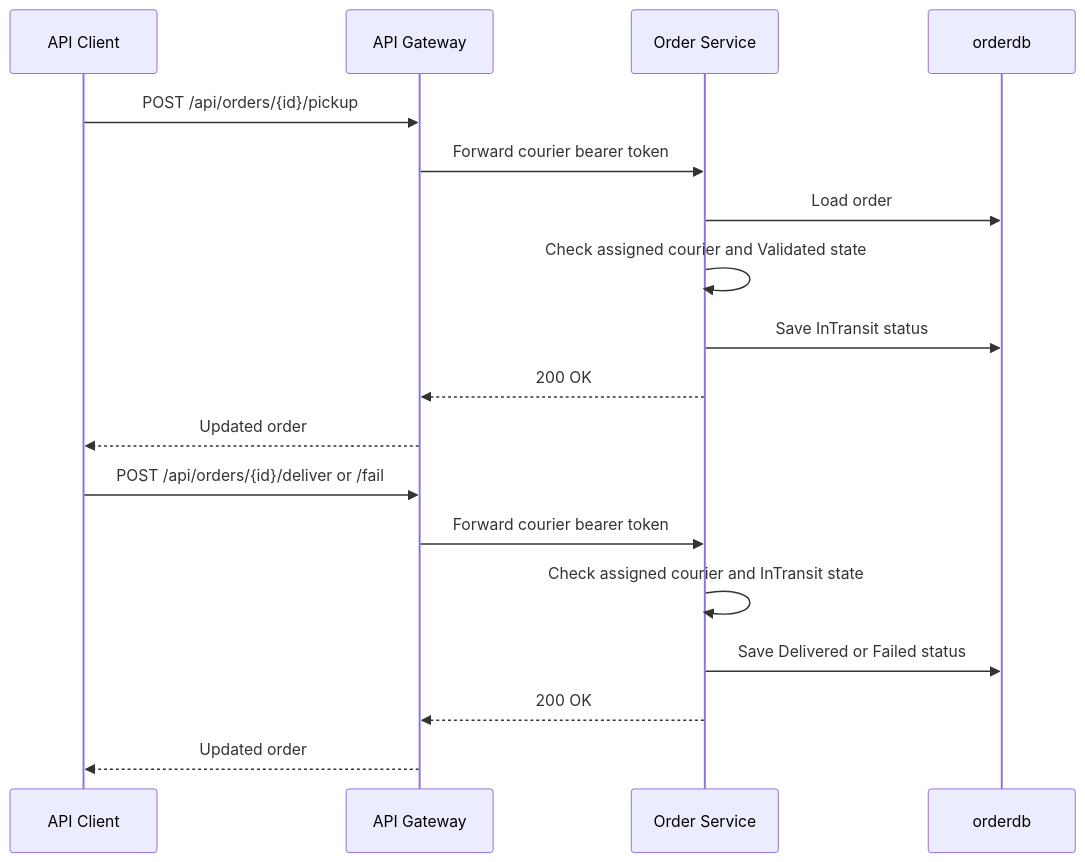
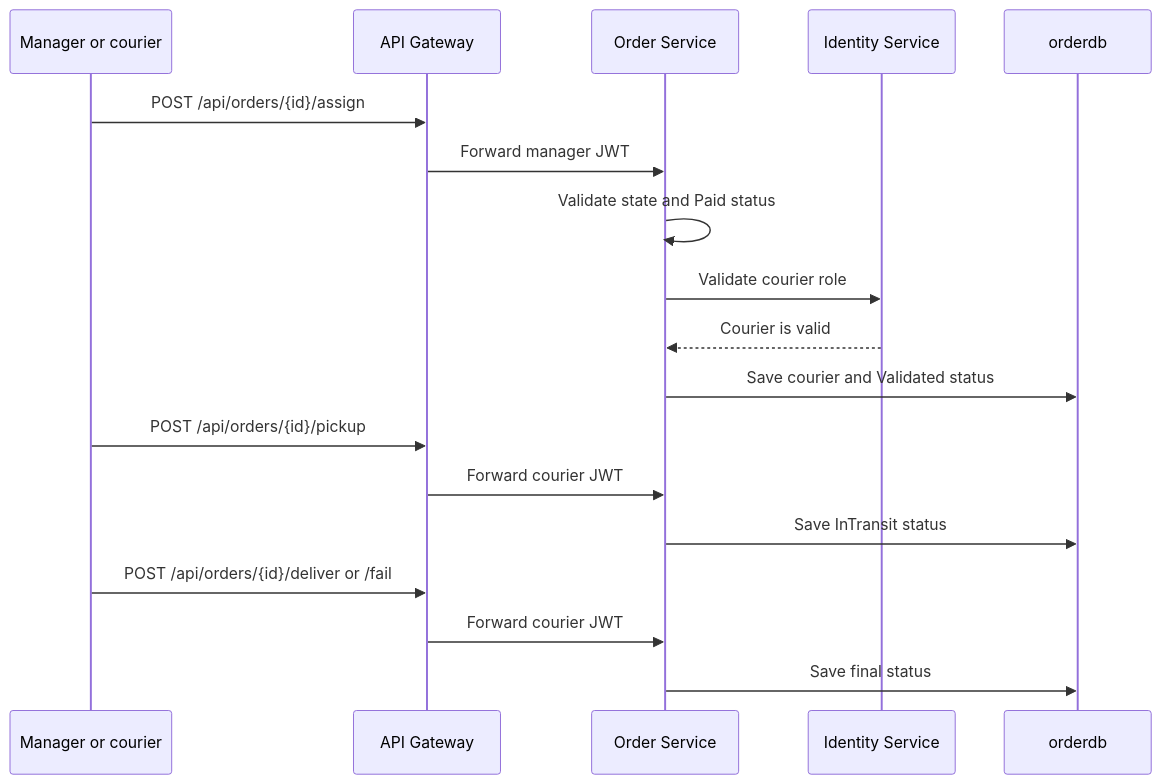
One commit to RenatoB04/Lesto changed the third of 5 diagrams in docs/sequences.md. Above: the diagram before and after it, drawn with Mermaid. The commit also changed other lines of this file and 10 other files, not shown here.

````diff
--- a/docs/sequences.md
+++ b/docs/sequences.md
@@ -63,22 +44,20 @@
 ```mermaid
 sequenceDiagram
-    participant Client as API Client
+    participant Client as Manager or courier
     participant Gateway as API Gateway
     participant Order as Order Service
+    participant Identity as Identity Service
     participant Db as orderdb
-
+    Client->>Gateway: POST /api/orders/{id}/assign
+    Gateway->>Order: Forward manager JWT
+    Order->>Order: Validate state and Paid status
+    Order->>Identity: Validate courier role
+    Identity-->>Order: Courier is valid
+    Order->>Db: Save courier and Validated status
     Client->>Gateway: POST /api/orders/{id}/pickup
-    Gateway->>Order: Forward courier bearer token
-    Order->>Db: Load order
-    Order->>Order: Check assigned courier and Validated state
+    Gateway->>Order: Forward courier JWT
     Order->>Db: Save InTransit status
-    Order-->>Gateway: 200 OK
-    Gateway-->>Client: Updated order
-
     Client->>Gateway: POST /api/orders/{id}/deliver or /fail
-    Gateway->>Order: Forward courier bearer token
-    Order->>Order: Check assigned courier and InTransit state
-    Order->>Db: Save Delivered or Failed status
-    Order-->>Gateway: 200 OK
-    Gateway-->>Client: Updated order
+    Gateway->>Order: Forward courier JWT
+    Order->>Db: Save final status
 ```
````
